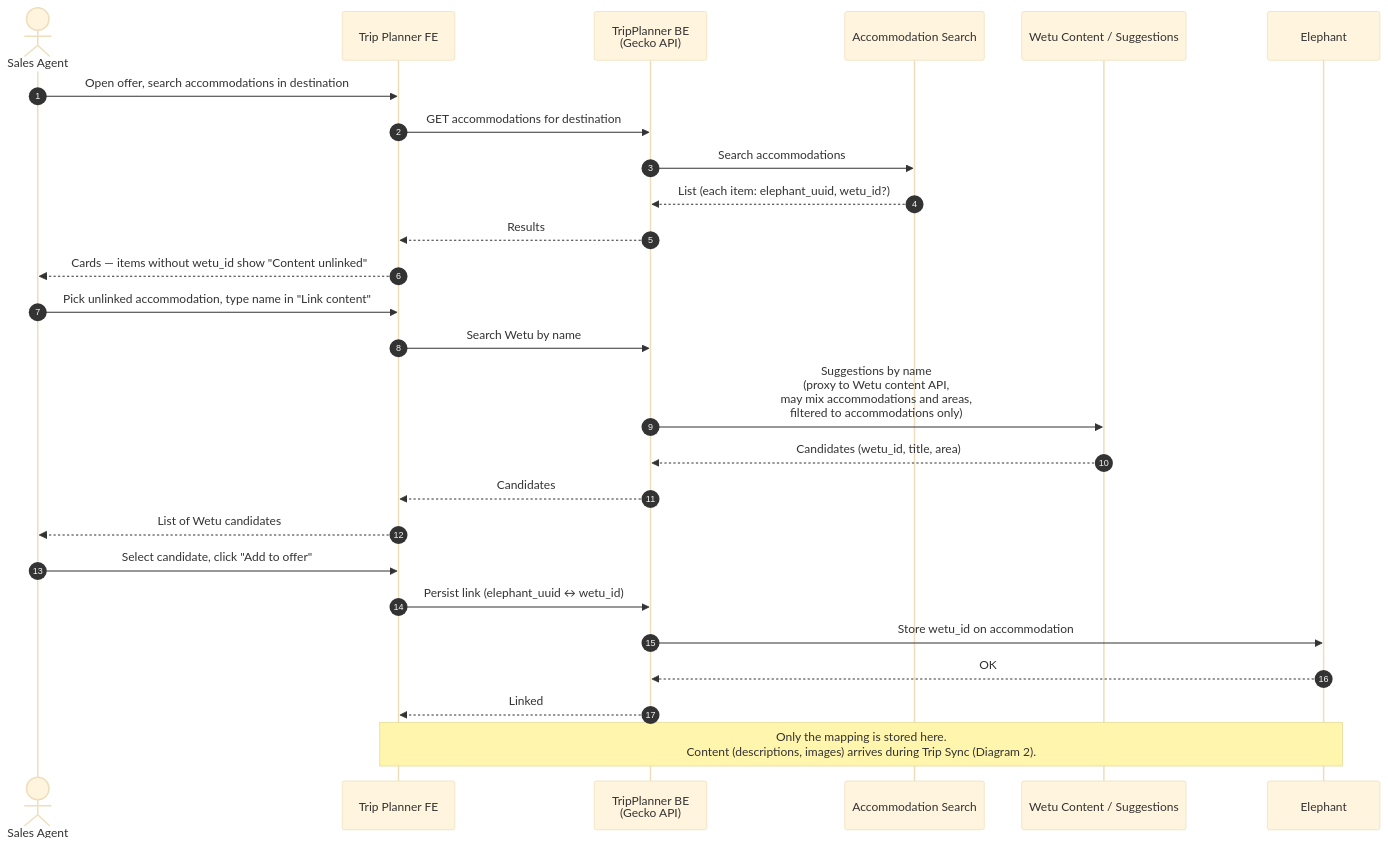
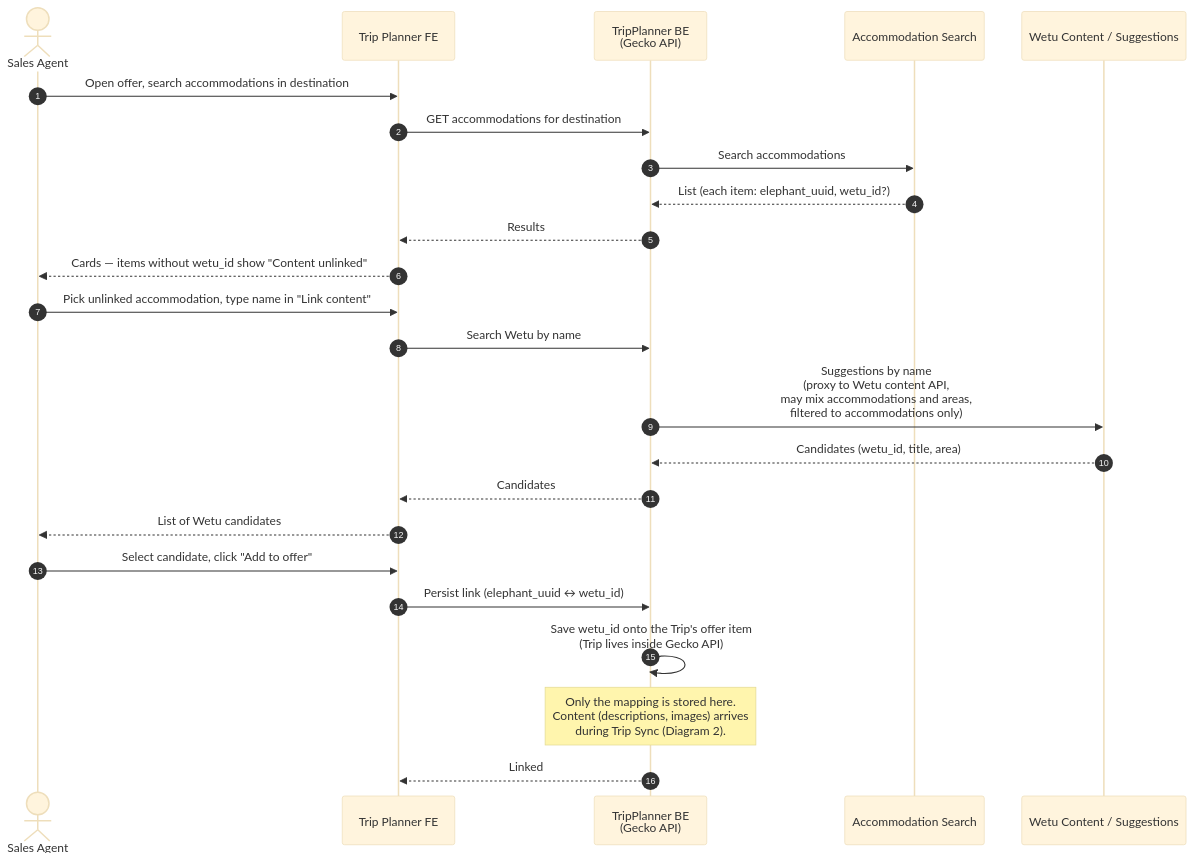
Before and after one commit to kliuchnikau-tourlane/ClaudeCowork: the first of 4 diagrams in OUTPUTS/2026-04-24_TripPlannerWetu-sequence-diagrams/TripPlannerWetu_Documentation.md, drawn with Mermaid (base theme). The commit also changed other lines of this file, not shown here.

Commit message:
Correct Diagram 1 storage target
Link Content writes the wetu_id onto the Trip's offer item inside
Gecko API, not onto the Elephant accommodation. Replaced the
BE->Elephant call with a self-save on BE, moved the "only the
mapping is stored here" note onto the BE lifeline between the save
and the response to FE, and dropped Elephant from Diagram 1's
participant list (no longer touched in this flow).

````diff
--- a/OUTPUTS/2026-04-24_TripPlannerWetu-sequence-diagrams/TripPlannerWetu_Documentation.md
+++ b/OUTPUTS/2026-04-24_TripPlannerWetu-sequence-diagrams/TripPlannerWetu_Documentation.md
@@ -30,32 +30,29 @@
 ```mermaid
 sequenceDiagram
     autonumber
     actor Agent as Sales Agent
     participant TP as Trip Planner FE
     participant BE as TripPlanner BE<br/>(Gecko API)
     participant AS as Accommodation Search
     participant Wetu as Wetu Content / Suggestions
-    participant Eleph as Elephant
 
     Agent->>TP: Open offer, search accommodations in destination
     TP->>BE: GET accommodations for destination
     BE->>AS: Search accommodations
     AS-->>BE: List (each item: elephant_uuid, wetu_id?)
     BE-->>TP: Results
     TP-->>Agent: Cards — items without wetu_id show "Content unlinked"
 
     Agent->>TP: Pick unlinked accommodation, type name in "Link content"
     TP->>BE: Search Wetu by name
     BE->>Wetu: Suggestions by name<br/>(proxy to Wetu content API,<br/>may mix accommodations and areas,<br/>filtered to accommodations only)
     Wetu-->>BE: Candidates (wetu_id, title, area)
     BE-->>TP: Candidates
     TP-->>Agent: List of Wetu candidates
 
     Agent->>TP: Select candidate, click "Add to offer"
     TP->>BE: Persist link (elephant_uuid ↔ wetu_id)
-    BE->>Eleph: Store wetu_id on accommodation
-    Eleph-->>BE: OK
+    BE->>BE: Save wetu_id onto the Trip's offer item<br/>(Trip lives inside Gecko API)
+    Note over BE: Only the mapping is stored here.<br/>Content (descriptions, images) arrives<br/>during Trip Sync (Diagram 2).
     BE-->>TP: Linked
-
-    Note over TP,Eleph: Only the mapping is stored here.<br/>Content (descriptions, images) arrives during Trip Sync (Diagram 2).
 ```
````
